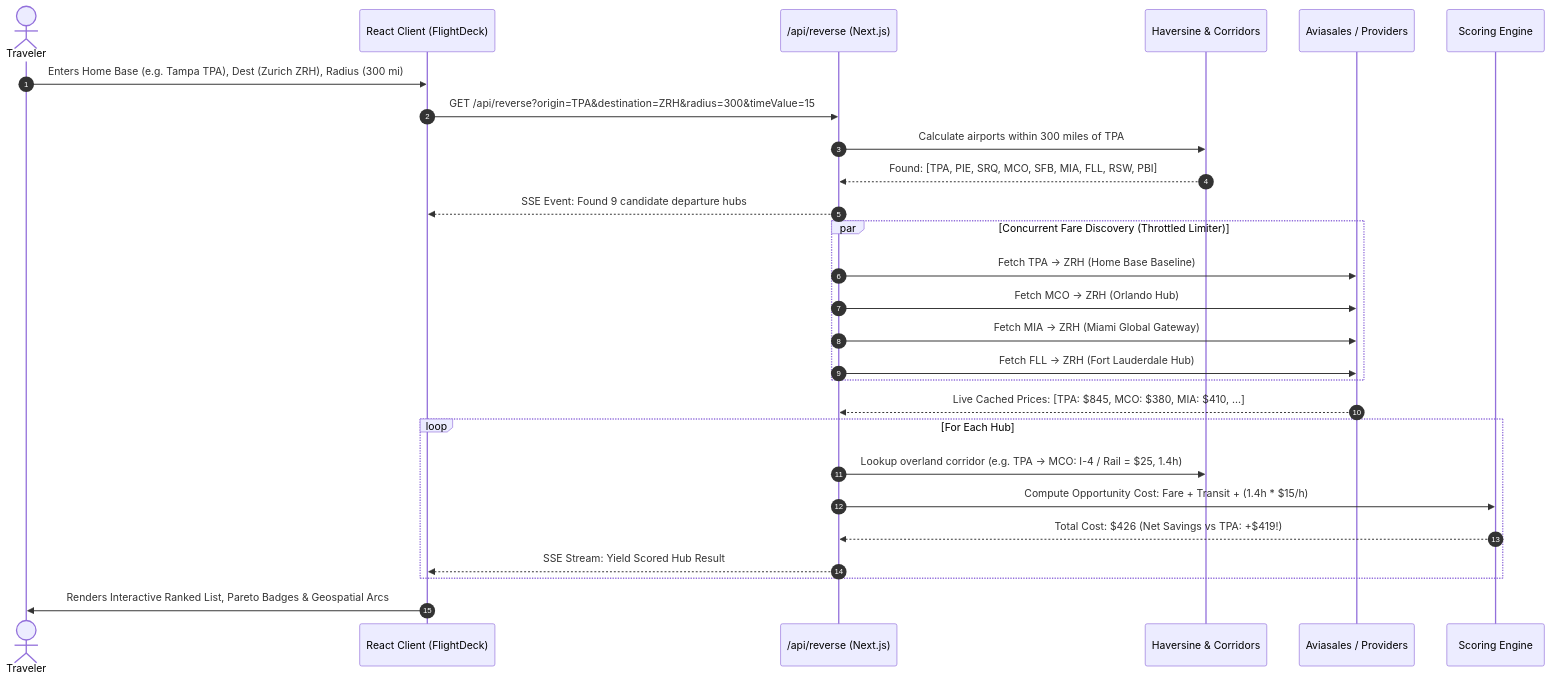
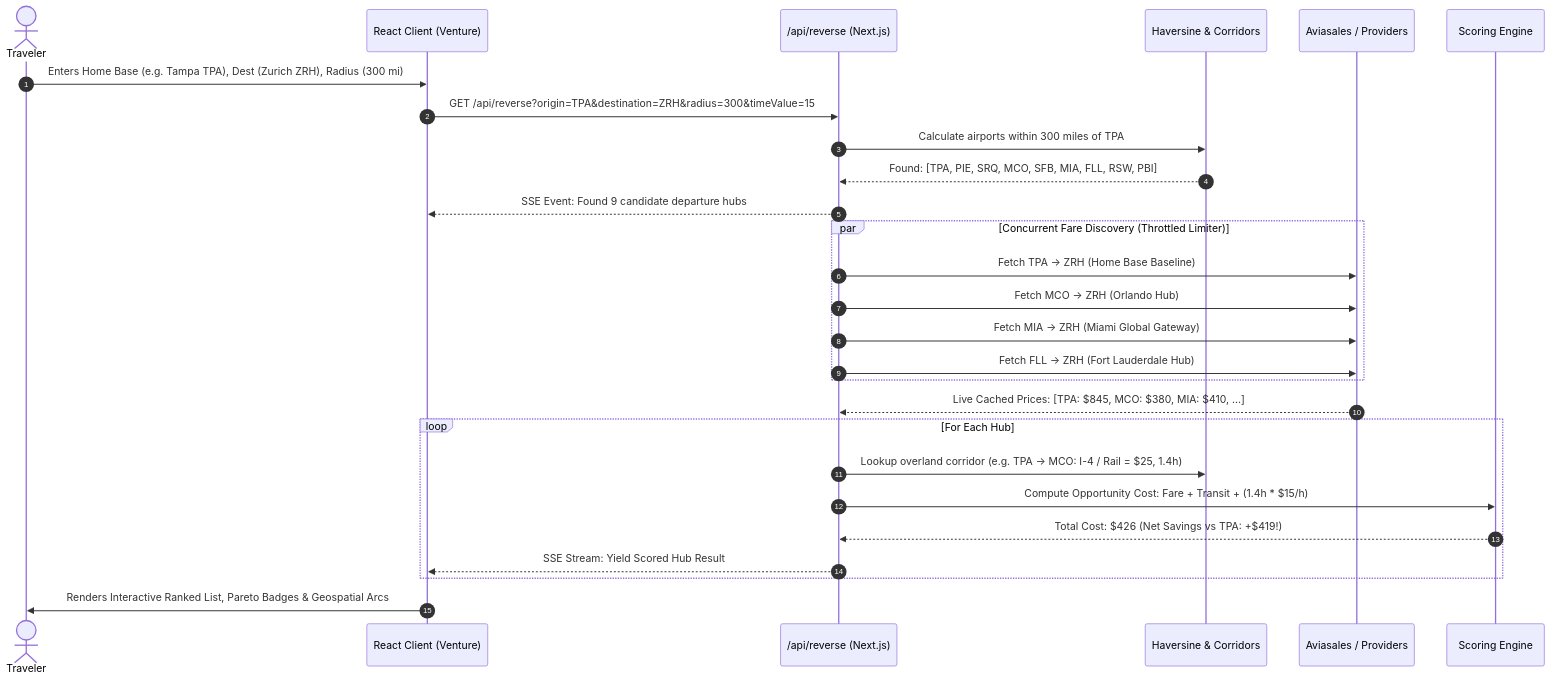
Before and after one commit to AidenCoffey/KnightsHack: the second of 4 diagrams in docs/HACKATHON_PRESENTATION.md, drawn with Mermaid. The commit also changed other lines of this file and 28 other files, not shown here.

````diff
--- a/docs/HACKATHON_PRESENTATION.md
+++ b/docs/HACKATHON_PRESENTATION.md
@@ -99,34 +99,34 @@
 ```mermaid
 sequenceDiagram
     autonumber
     actor User as Traveler
-    participant Client as React Client (FlightDeck)
+    participant Client as React Client (Venture)
     participant API as /api/reverse (Next.js)
     participant Geo as Haversine & Corridors
     participant Provider as Aviasales / Providers
     participant Scoring as Scoring Engine
 
     User->>Client: Enters Home Base (e.g. Tampa TPA), Dest (Zurich ZRH), Radius (300 mi)
     Client->>API: GET /api/reverse?origin=TPA&destination=ZRH&radius=300&timeValue=15
     API->>Geo: Calculate airports within 300 miles of TPA
     Geo-->>API: Found: [TPA, PIE, SRQ, MCO, SFB, MIA, FLL, RSW, PBI]
     
     API-->>Client: SSE Event: Found 9 candidate departure hubs
     
     par Concurrent Fare Discovery (Throttled Limiter)
         API->>Provider: Fetch TPA -> ZRH (Home Base Baseline)
         API->>Provider: Fetch MCO -> ZRH (Orlando Hub)
         API->>Provider: Fetch MIA -> ZRH (Miami Global Gateway)
         API->>Provider: Fetch FLL -> ZRH (Fort Lauderdale Hub)
     end
     Provider-->>API: Live Cached Prices: [TPA: $845, MCO: $380, MIA: $410, ...]
     
     loop For Each Hub
         API->>Geo: Lookup overland corridor (e.g. TPA -> MCO: I-4 / Rail = $25, 1.4h)
         API->>Scoring: Compute Opportunity Cost: Fare + Transit + (1.4h * $15/h)
         Scoring-->>API: Total Cost: $426 (Net Savings vs TPA: +$419!)
         API-->>Client: SSE Stream: Yield Scored Hub Result
     end
     
     Client->>User: Renders Interactive Ranked List, Pareto Badges & Geospatial Arcs
 ```
````
